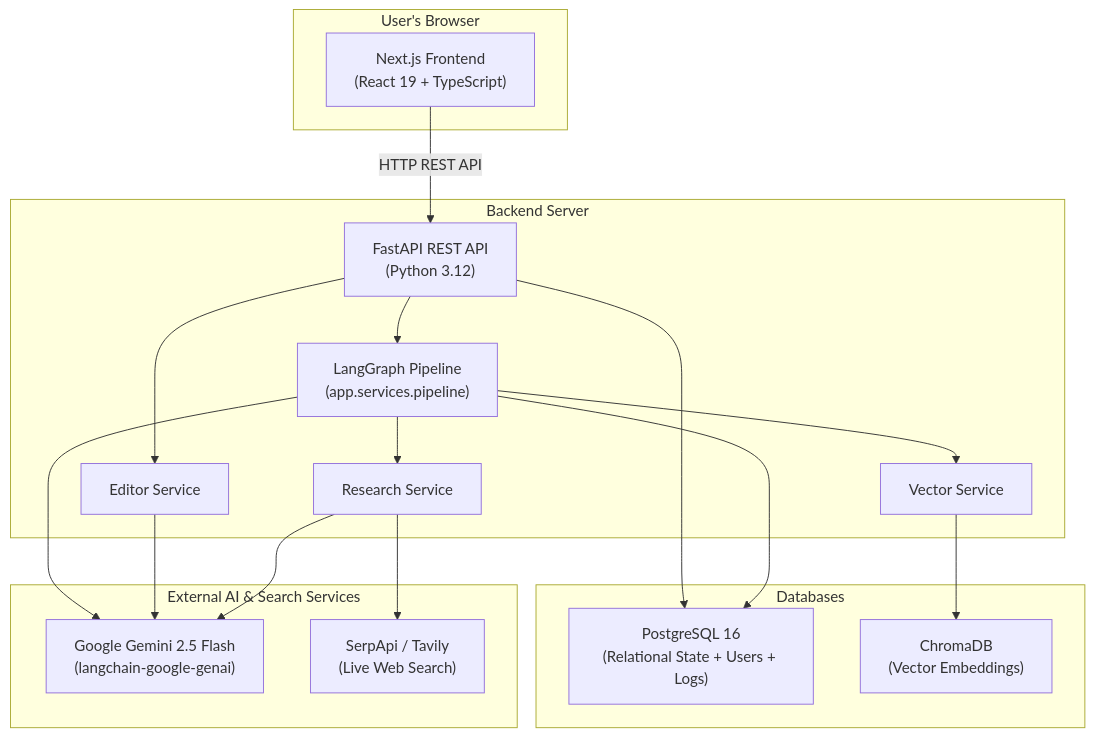
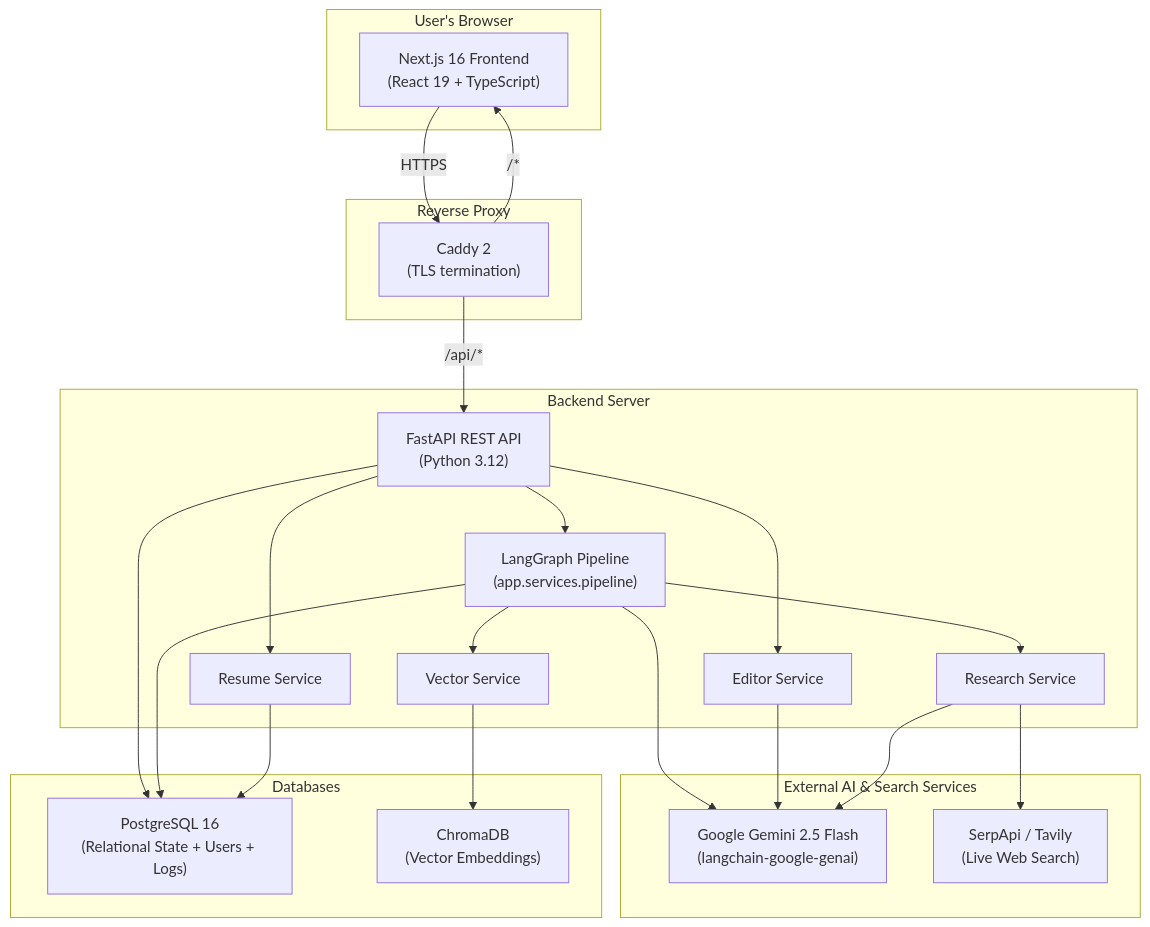
Before and after one commit to xShikhar/PostCraft-AI: the first of 5 diagrams in PostCraft_AI_Complete_Documentation.md, drawn with Mermaid. The commit also changed other lines of this file and 58 other files, not shown here.

````diff
--- a/PostCraft_AI_Complete_Documentation.md
+++ b/PostCraft_AI_Complete_Documentation.md
@@ -60,37 +69,46 @@
 ```mermaid
 graph TB
     subgraph "User's Browser"
-        FE["Next.js Frontend<br/>(React 19 + TypeScript)"]
+        FE["Next.js 16 Frontend<br/>(React 19 + TypeScript)"]
+    end
+
+    subgraph "Reverse Proxy"
+        CADDY["Caddy 2<br/>(TLS termination)"]
     end
 
     subgraph "Backend Server"
         API["FastAPI REST API<br/>(Python 3.12)"]
         PIPE["LangGraph Pipeline<br/>(app.services.pipeline)"]
         RS["Research Service"]
         VS["Vector Service"]
         ED["Editor Service"]
+        RES["Resume Service"]
     end
 
     subgraph "Databases"
         PG["PostgreSQL 16<br/>(Relational State + Users + Logs)"]
         CR["ChromaDB<br/>(Vector Embeddings)"]
     end
 
     subgraph "External AI & Search Services"
         GEM["Google Gemini 2.5 Flash<br/>(langchain-google-genai)"]
         SERP["SerpApi / Tavily<br/>(Live Web Search)"]
     end
 
-    FE -->|"HTTP REST API"| API
+    FE -->|"HTTPS"| CADDY
+    CADDY -->|"/api/*"| API
+    CADDY -->|"/*"| FE
     API --> PIPE
     API --> ED
+    API --> RES
     PIPE --> RS
     PIPE --> VS
     PIPE --> GEM
     ED --> GEM
     RS --> SERP
     RS --> GEM
     VS --> CR
     API --> PG
     PIPE --> PG
+    RES --> PG
 ```
````
